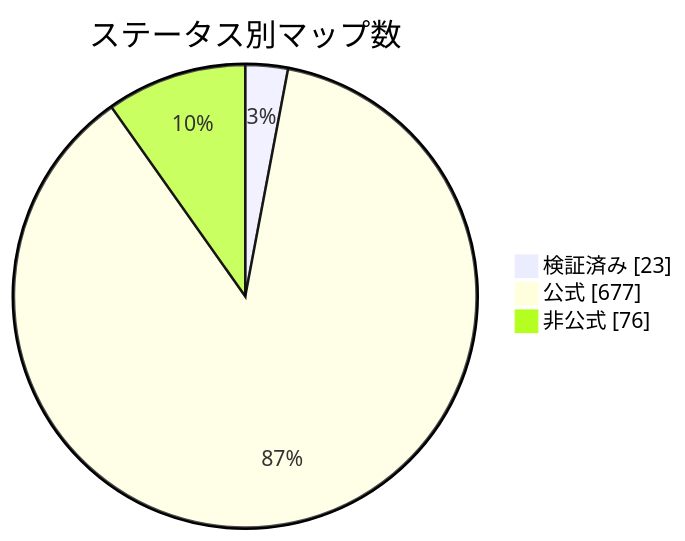
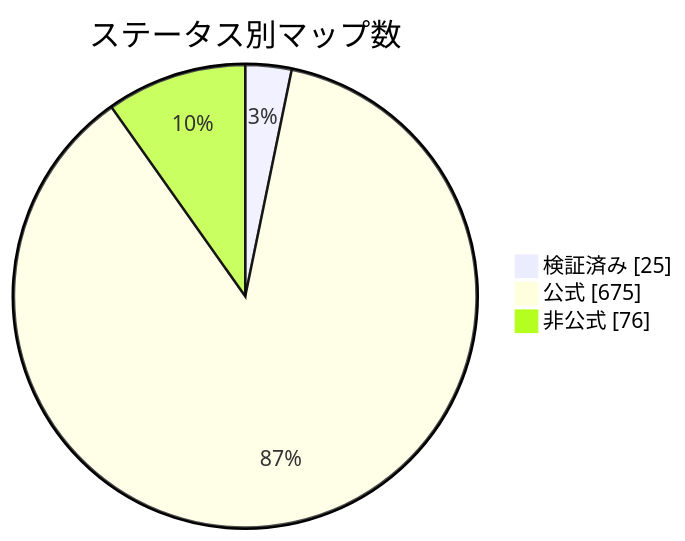
Before and after one commit to nobrega8/mbmap-library: the diagram in docs/readme/README_JP.md, drawn with Mermaid. The commit also changed 7 other files, not shown here.

````diff
--- a/docs/readme/README_JP.md
+++ b/docs/readme/README_JP.md
@@ -54,7 +54,7 @@
 ```mermaid
 pie showData
     title ステータス別マップ数
-    "検証済み" : 23
-    "公式" : 677
+    "検証済み" : 25
+    "公式" : 675
     "非公式" : 76
 ```
````
